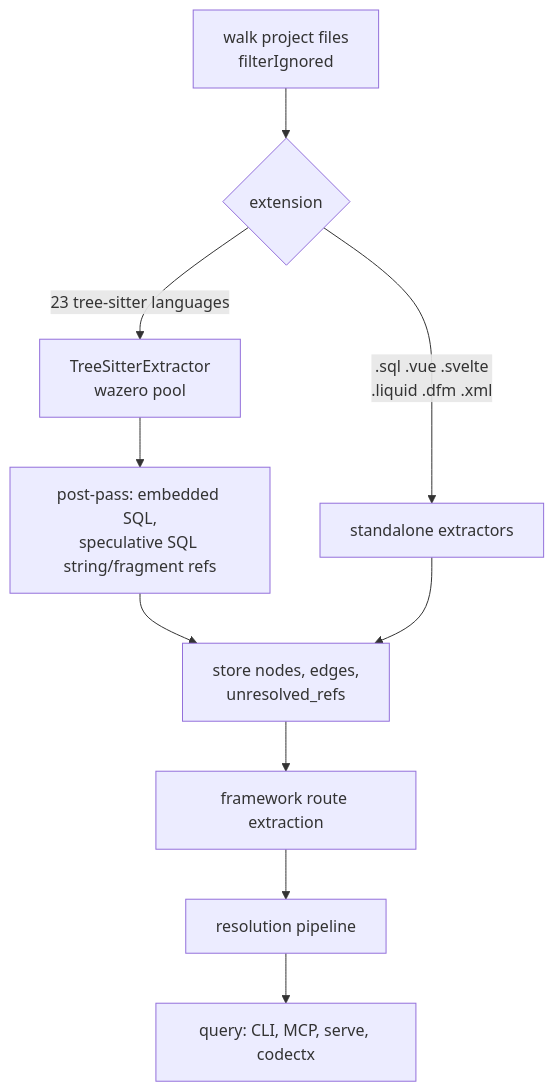
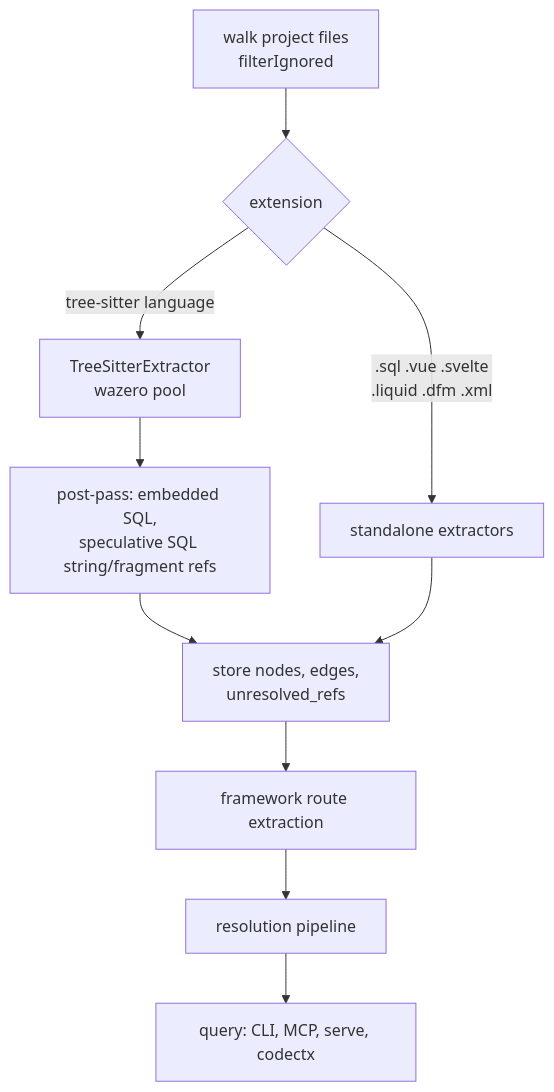
The first of 2 diagrams in docs/wiki/code-intel.md (damusix/atomic-claude), drawn with Mermaid before and after one commit. The commit also changed other lines of this file and 21 other files, not shown here.

````diff
--- a/docs/wiki/code-intel.md
+++ b/docs/wiki/code-intel.md
@@ -21,12 +21,12 @@
 ```mermaid
 flowchart TD
     W["walk project files<br/>filterIgnored"] --> E{"extension"}
-    E -->|"23 tree-sitter languages"| TS["TreeSitterExtractor<br/>wazero pool"]
+    E -->|"tree-sitter language"| TS["TreeSitterExtractor<br/>wazero pool"]
     E -->|".sql .vue .svelte<br/>.liquid .dfm .xml"| SA["standalone extractors"]
     TS --> PP["post-pass: embedded SQL,<br/>speculative SQL string/fragment refs"]
     PP --> ST
     SA --> ST["store nodes, edges,<br/>unresolved_refs"]
     ST --> FW["framework route extraction"]
     FW --> RES["resolution pipeline"]
     RES --> Q["query: CLI, MCP, serve, codectx"]
 ```
````
